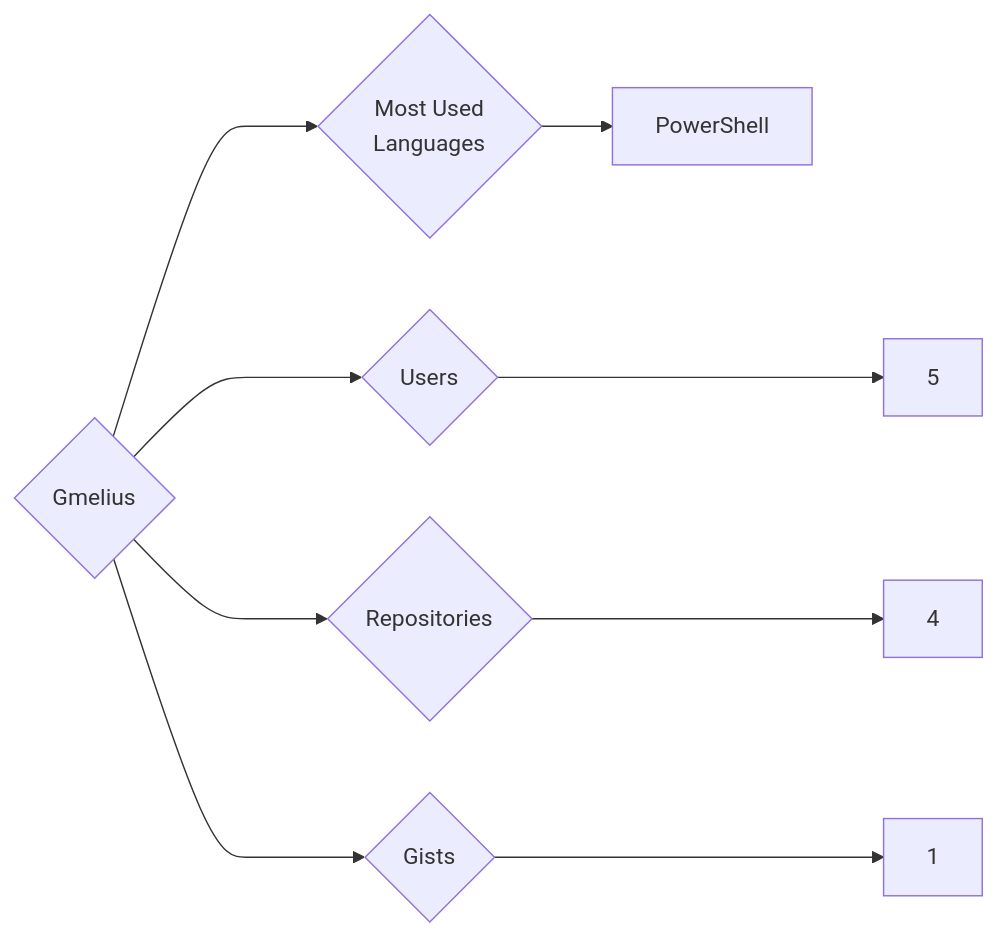
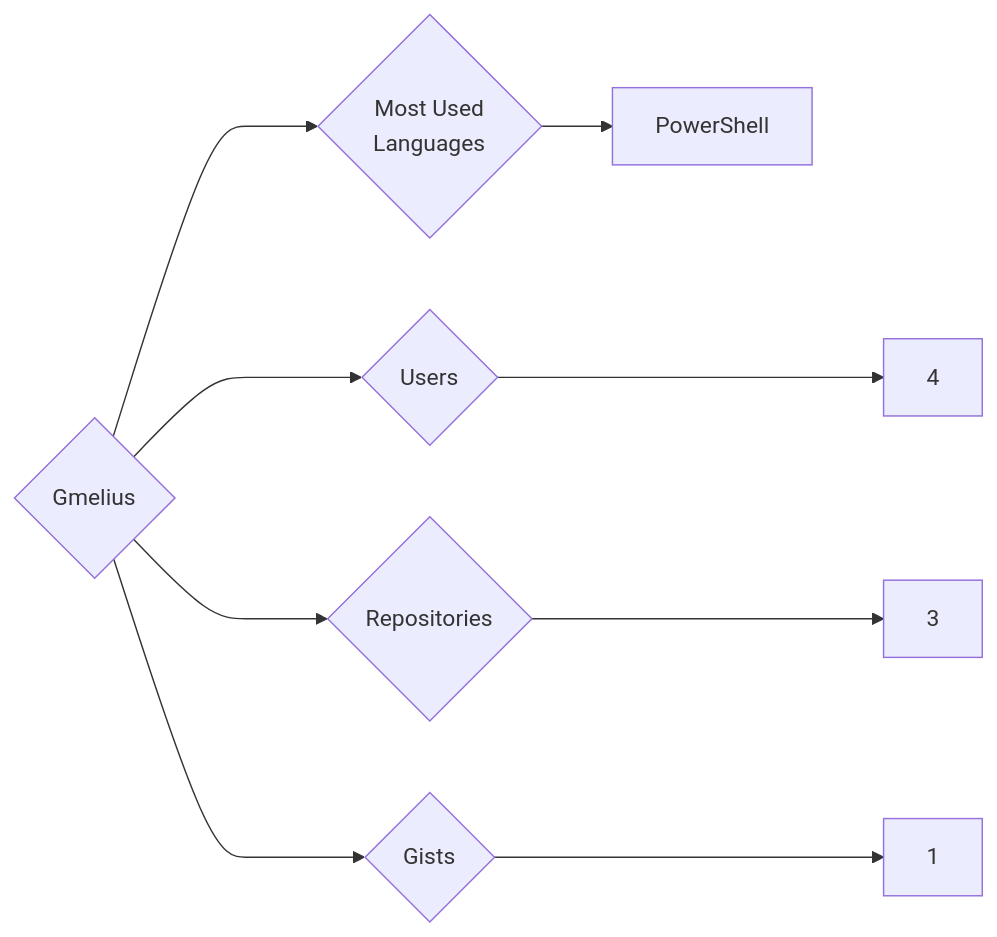
Before and after one commit to trickest/insiders: the diagram in targets/Gmelius/README.md, drawn with Mermaid. The commit also changed 1212 other files, not shown here.

````diff
--- a/targets/Gmelius/README.md
+++ b/targets/Gmelius/README.md
@@ -3,9 +3,9 @@
 ```mermaid
 graph LR
 COMPANY_NAME{Gmelius}
-COMPANY_NAME ---> U{Users} ---> UN[5]
-COMPANY_NAME ---> R{Repositories} ---> RN[4]
+COMPANY_NAME ---> U{Users} ---> UN[4]
+COMPANY_NAME ---> R{Repositories} ---> RN[3]
 COMPANY_NAME ---> G{Gists} ---> GN[1]
 COMPANY_NAME ---> ML{Most Used<br>Languages}
 ML --> PowerShell[PowerShell]
 ```
````
